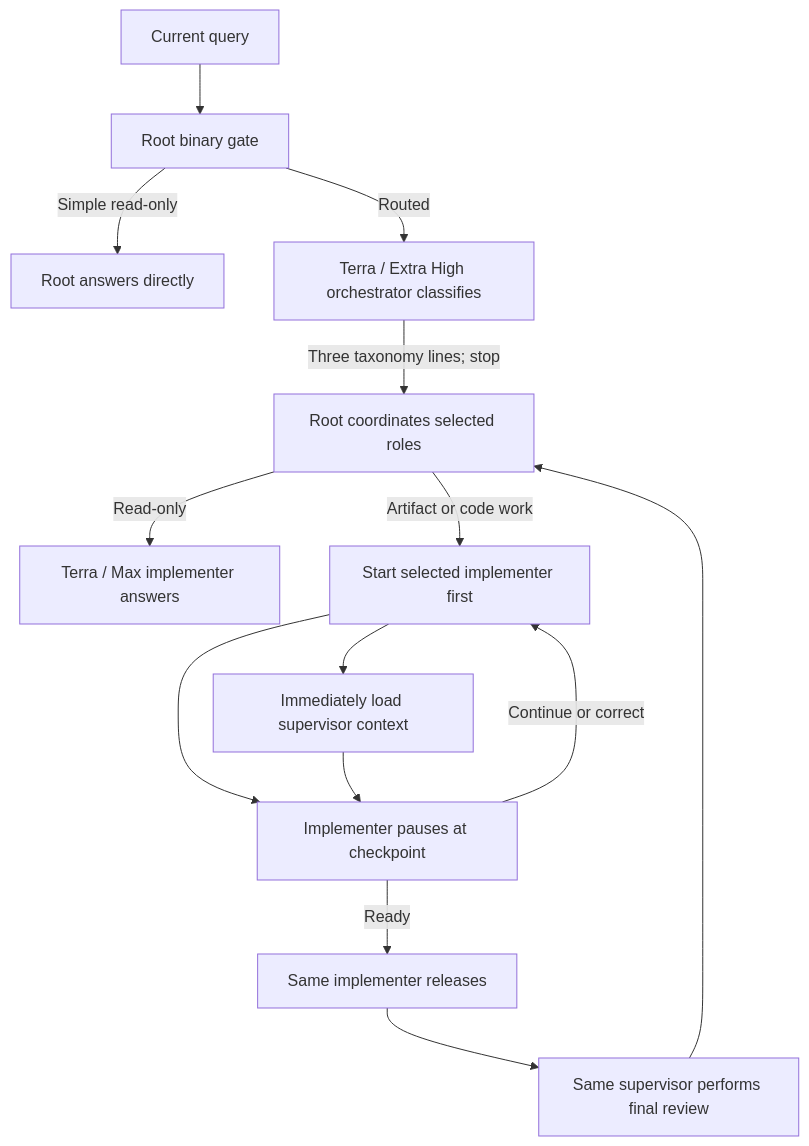
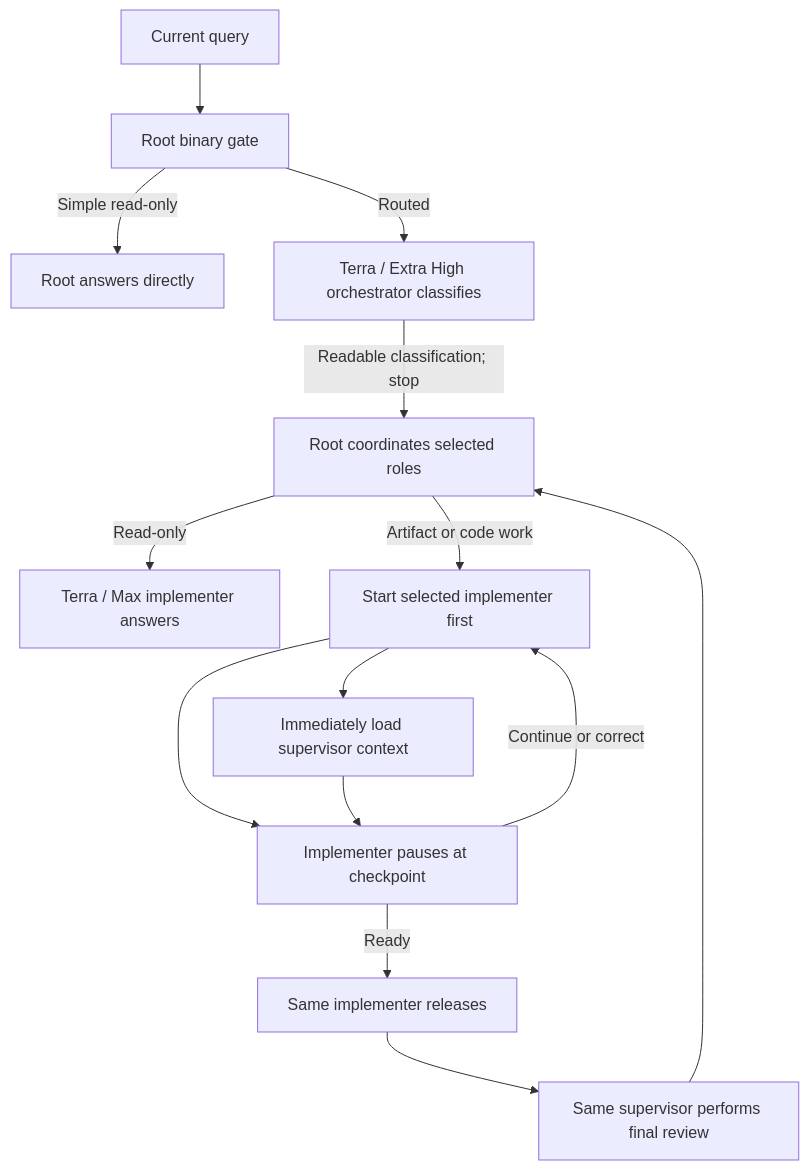
One commit to jessejaffe/codex-orchestration changed the diagram in README.md. Above: the diagram before and after it, drawn with Mermaid. The commit also changed other lines of this file and 14 other files, not shown here.

````diff
--- a/README.md
+++ b/README.md
@@ -85,16 +85,16 @@
 ```mermaid
 flowchart TD
     U["Current query"] --> G["Root binary gate"]
     G -->|"Simple read-only"| A["Root answers directly"]
     G -->|"Routed"| O["Terra / Extra High orchestrator classifies"]
-    O -->|"Three taxonomy lines; stop"| R["Root coordinates selected roles"]
+    O -->|"Readable classification; stop"| R["Root coordinates selected roles"]
     R -->|"Read-only"| RI["Terra / Max implementer answers"]
     R -->|"Artifact or code work"| I["Start selected implementer first"]
     I --> S["Immediately load supervisor context"]
     I --> C["Implementer pauses at checkpoint"]
     S --> C
     C -->|"Continue or correct"| I
     C -->|"Ready"| X["Same implementer releases"]
     X --> F["Same supervisor performs final review"]
     F --> R
 ```
````
